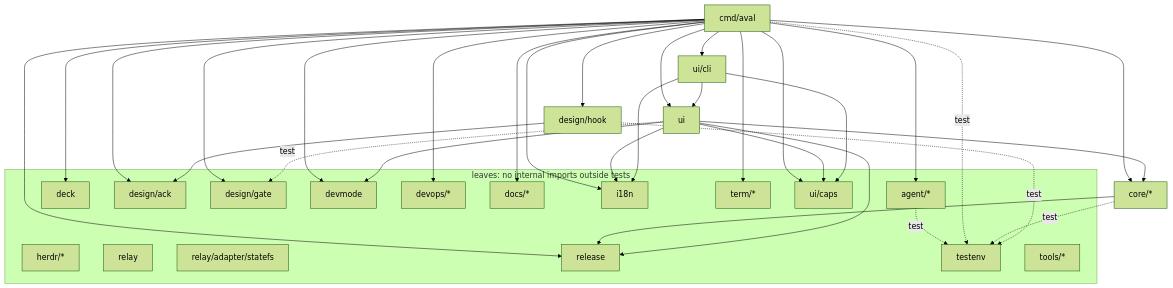
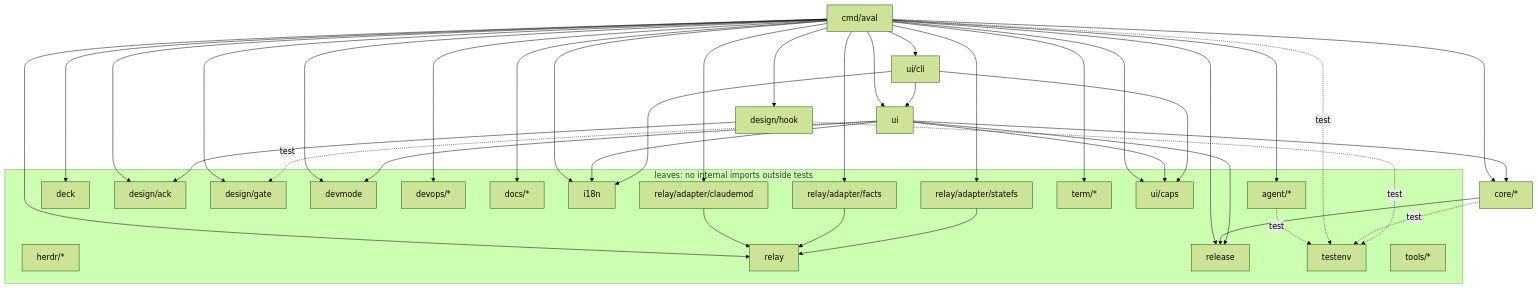
The diagram in docs/architecture/model.md (alvaroofernaandez/aval), drawn with Mermaid (forest theme) before and after one commit. The commit also changed 11 other files, not shown here.

Commit message:
feat(relay): aval relay compact answers a compaction with a capsule and a tail

````diff
--- a/docs/architecture/model.md
+++ b/docs/architecture/model.md
@@ -12,56 +12,65 @@
 ```mermaid
 flowchart TD
   cmd_aval["cmd/aval"]
   ui_cli["ui/cli"]
   ui["ui"]
   core["core/*"]
   design_hook["design/hook"]
   subgraph leaves["leaves: no internal imports outside tests"]
     agent["agent/*"]
     deck["deck"]
     design_ack["design/ack"]
     design_gate["design/gate"]
     devmode["devmode"]
     devops["devops/*"]
     docs["docs/*"]
     herdr["herdr/*"]
     i18n["i18n"]
     relay["relay"]
+    relay_adapter_claudemod["relay/adapter/claudemod"]
+    relay_adapter_facts["relay/adapter/facts"]
     relay_adapter_statefs["relay/adapter/statefs"]
     release["release"]
     term["term/*"]
     testenv["testenv"]
     tools["tools/*"]
     ui_caps["ui/caps"]
   end
   agent -.->|test| testenv
   cmd_aval --> agent
   cmd_aval --> core
   cmd_aval --> deck
   cmd_aval --> design_ack
   cmd_aval --> design_gate
   cmd_aval --> design_hook
   cmd_aval --> devmode
   cmd_aval --> devops
   cmd_aval --> docs
   cmd_aval --> i18n
+  cmd_aval --> relay
+  cmd_aval --> relay_adapter_claudemod
+  cmd_aval --> relay_adapter_facts
+  cmd_aval --> relay_adapter_statefs
   cmd_aval --> release
   cmd_aval --> term
   cmd_aval --> ui
   cmd_aval --> ui_caps
   cmd_aval --> ui_cli
   cmd_aval -.->|test| testenv
   core --> release
   core -.->|test| testenv
   design_hook --> design_ack
   design_hook -.->|test| testenv
+  relay_adapter_claudemod --> relay
+  relay_adapter_facts --> relay
+  relay_adapter_statefs --> relay
   ui --> core
   ui --> devmode
   ui --> i18n
   ui --> release
   ui --> ui_caps
   ui -.->|test| design_gate
   ui_cli --> i18n
   ui_cli --> ui
   ui_cli --> ui_caps
 ```
````
